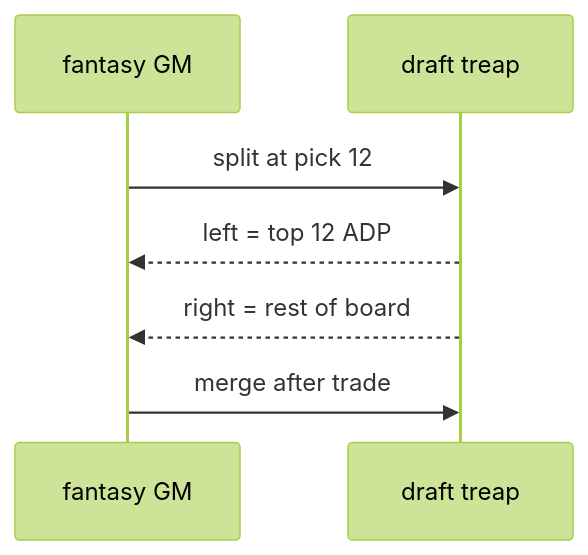
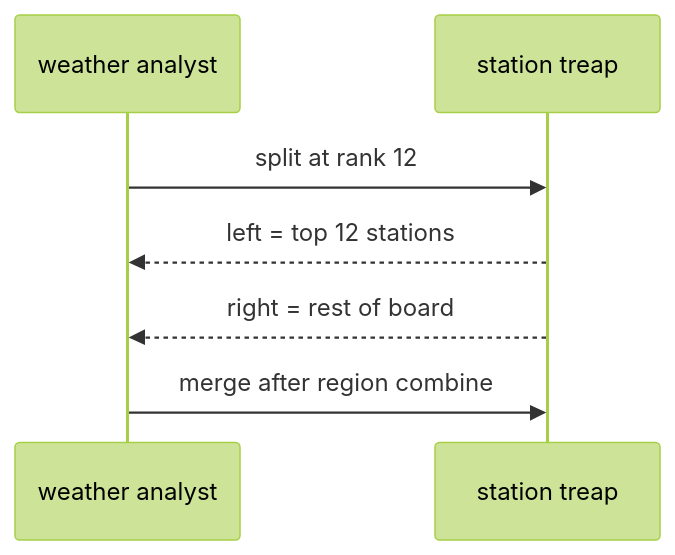
Before and after one commit to qgjones9/python-programming-guide: the second of 6 diagrams in docs/dsa/data-structures/treaps/index.md, drawn with Mermaid (forest theme). The commit also changed other lines of this file and 29 other files, not shown here.

````diff
--- a/docs/dsa/data-structures/treaps/index.md
+++ b/docs/dsa/data-structures/treaps/index.md
@@ -59,9 +59,9 @@
 ```mermaid
 sequenceDiagram
-  participant GM as fantasy GM
-  participant T as draft treap
-  GM->>T: split at pick 12
-  T-->>GM: left = top 12 ADP
-  T-->>GM: right = rest of board
-  GM->>T: merge after trade
+  participant Analyst as weather analyst
+  participant T as station treap
+  Analyst->>T: split at rank 12
+  T-->>Analyst: left = top 12 stations
+  T-->>Analyst: right = rest of board
+  Analyst->>T: merge after region combine
 ```
````
